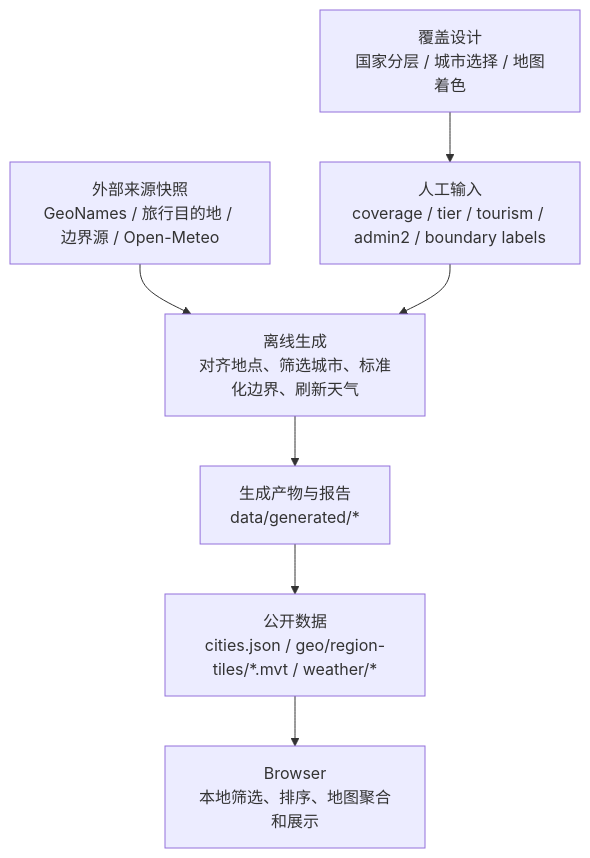
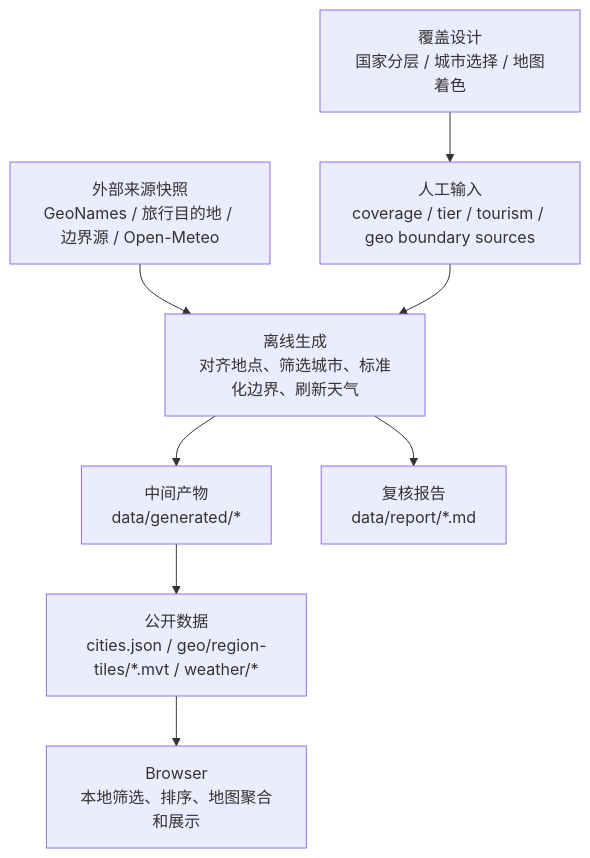
One commit to xiaomingio/weather-trip changed the first of 6 diagrams in docs/specs/31-data-flow.md. Above: the diagram before and after it, drawn with Mermaid. The commit also changed other lines of this file and 499 other files, not shown here.

Commit message:
chore: compact generated public data

````diff
--- a/docs/specs/31-data-flow.md
+++ b/docs/specs/31-data-flow.md
@@ -107,17 +137,19 @@
 ```mermaid
 flowchart TD
   design["覆盖设计<br/>国家分层 / 城市选择 / 地图着色"]
   raw["外部来源快照<br/>GeoNames / 旅行目的地 / 边界源 / Open-Meteo"]
-  input["人工输入<br/>coverage / tier / tourism / admin2 / boundary labels"]
+  input["人工输入<br/>coverage / tier / tourism / geo boundary sources"]
   offline["离线生成<br/>对齐地点、筛选城市、标准化边界、刷新天气"]
-  generated["生成产物与报告<br/>data/generated/*"]
+  generated["中间产物<br/>data/generated/*"]
+  report["复核报告<br/>data/report/*.md"]
   publicData["公开数据<br/>cities.json / geo/region-tiles/*.mvt / weather/*"]
   browser["Browser<br/>本地筛选、排序、地图聚合和展示"]
 
   design --> input
   raw --> offline
   input --> offline
   offline --> generated
+  offline --> report
   generated --> publicData
   publicData --> browser
 ```
````
